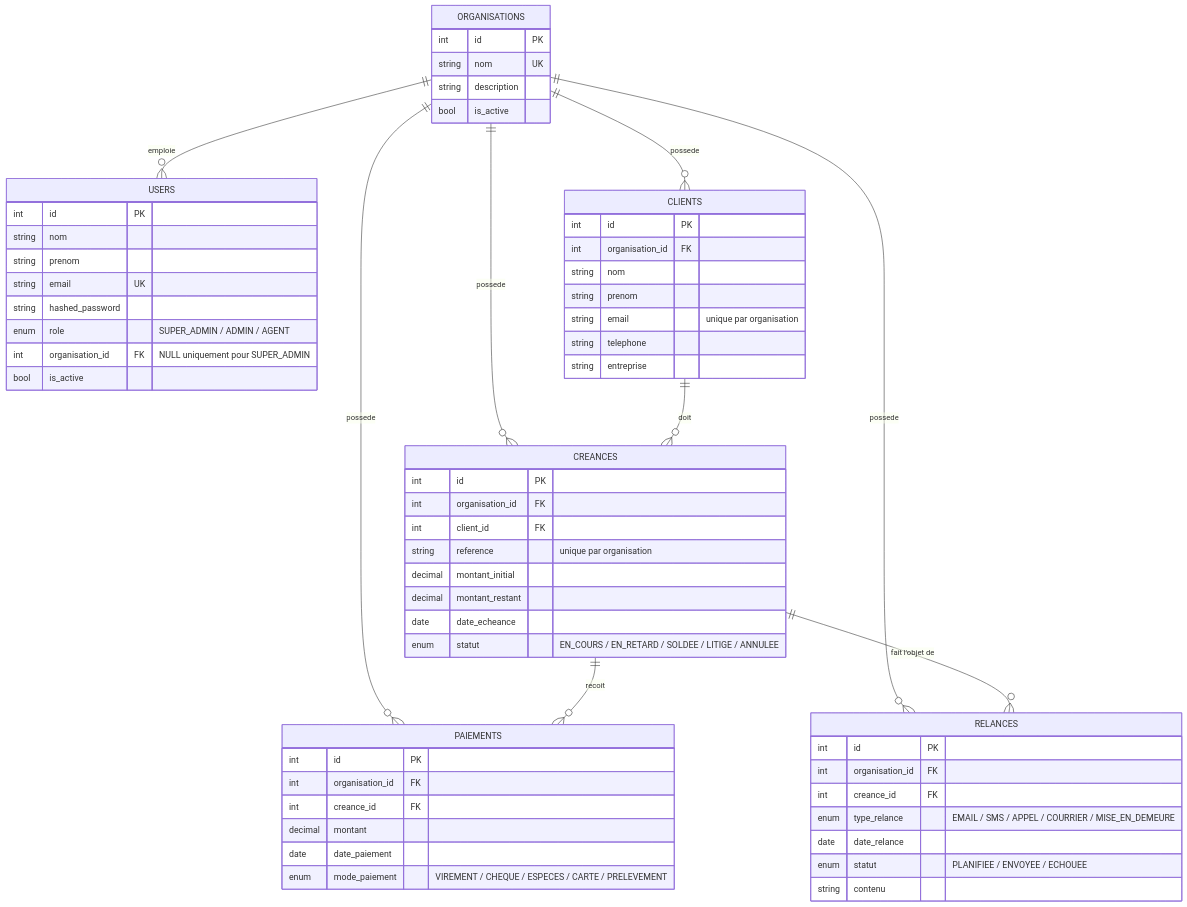
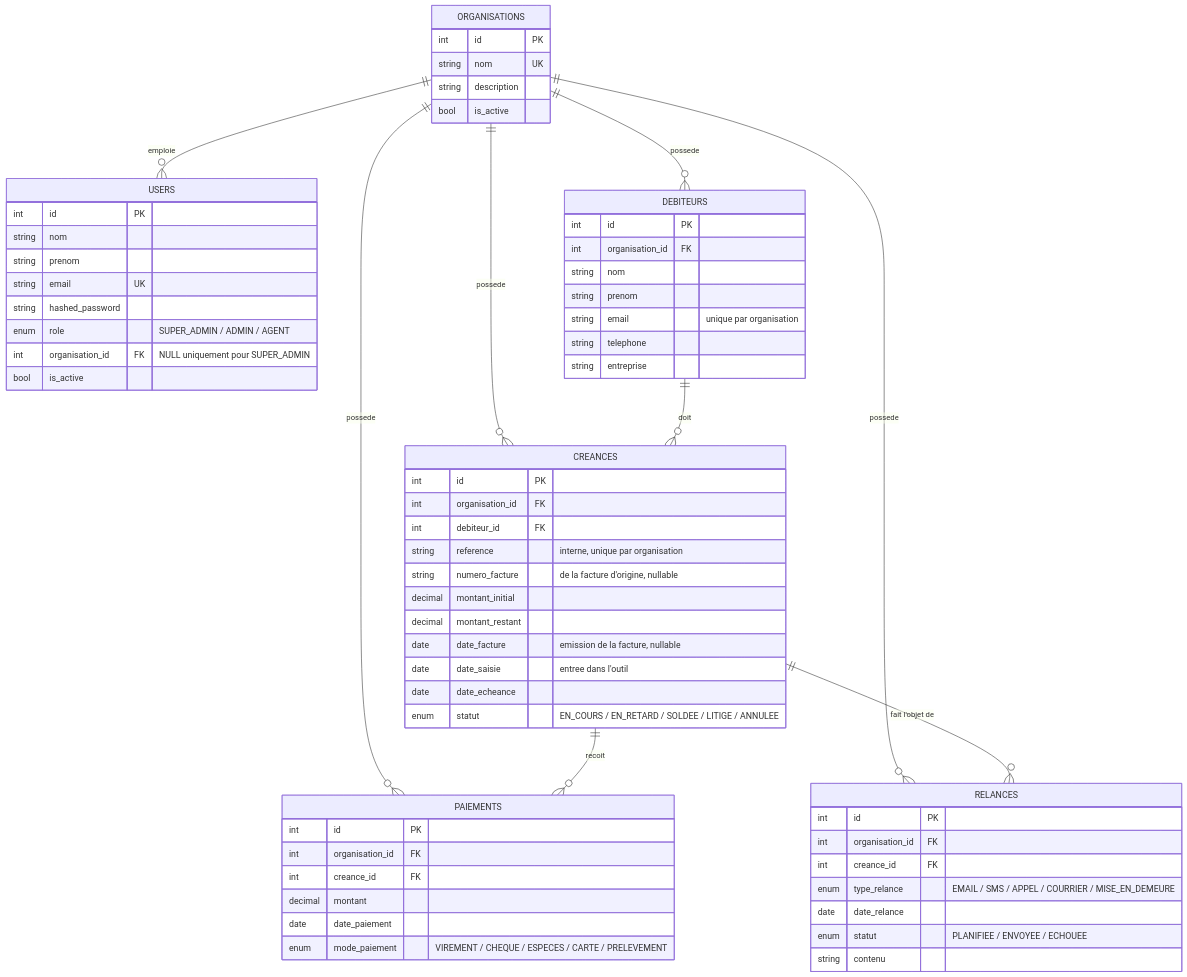
Before and after one commit to bambadij/backend_recouvrement: the third of 3 diagrams in README.md, drawn with Mermaid. The commit also changed other lines of this file and 27 other files, not shown here.

````diff
--- a/README.md
+++ b/README.md
@@ -218,64 +240,67 @@
 ```mermaid
 erDiagram
     ORGANISATIONS ||--o{ USERS : "emploie"
-    ORGANISATIONS ||--o{ CLIENTS : "possede"
+    ORGANISATIONS ||--o{ DEBITEURS : "possede"
     ORGANISATIONS ||--o{ CREANCES : "possede"
     ORGANISATIONS ||--o{ PAIEMENTS : "possede"
     ORGANISATIONS ||--o{ RELANCES : "possede"
-    CLIENTS ||--o{ CREANCES : "doit"
+    DEBITEURS ||--o{ CREANCES : "doit"
     CREANCES ||--o{ PAIEMENTS : "recoit"
     CREANCES ||--o{ RELANCES : "fait l'objet de"
 
     ORGANISATIONS {
         int id PK
         string nom UK
         string description
         bool is_active
     }
     USERS {
         int id PK
         string nom
         string prenom
         string email UK
         string hashed_password
         enum role "SUPER_ADMIN / ADMIN / AGENT"
         int organisation_id FK "NULL uniquement pour SUPER_ADMIN"
         bool is_active
     }
-    CLIENTS {
+    DEBITEURS {
         int id PK
         int organisation_id FK
         string nom
         string prenom
         string email "unique par organisation"
         string telephone
         string entreprise
     }
     CREANCES {
         int id PK
         int organisation_id FK
-        int client_id FK
-        string reference "unique par organisation"
+        int debiteur_id FK
+        string reference "interne, unique par organisation"
+        string numero_facture "de la facture d'origine, nullable"
         decimal montant_initial
         decimal montant_restant
+        date date_facture "emission de la facture, nullable"
+        date date_saisie "entree dans l'outil"
         date date_echeance
         enum statut "EN_COURS / EN_RETARD / SOLDEE / LITIGE / ANNULEE"
     }
     PAIEMENTS {
         int id PK
         int organisation_id FK
         int creance_id FK
         decimal montant
         date date_paiement
         enum mode_paiement "VIREMENT / CHEQUE / ESPECES / CARTE / PRELEVEMENT"
     }
     RELANCES {
         int id PK
         int organisation_id FK
         int creance_id FK
         enum type_relance "EMAIL / SMS / APPEL / COURRIER / MISE_EN_DEMEURE"
         date date_relance
         enum statut "PLANIFIEE / ENVOYEE / ECHOUEE"
         string contenu
     }
 ```
````
